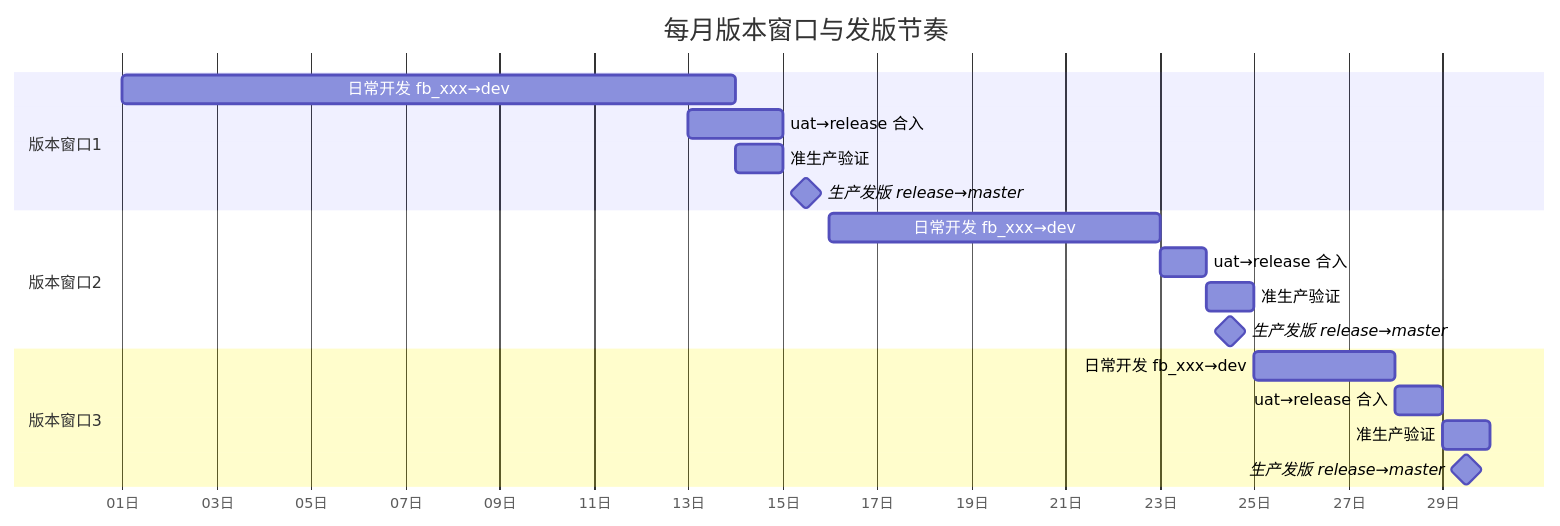
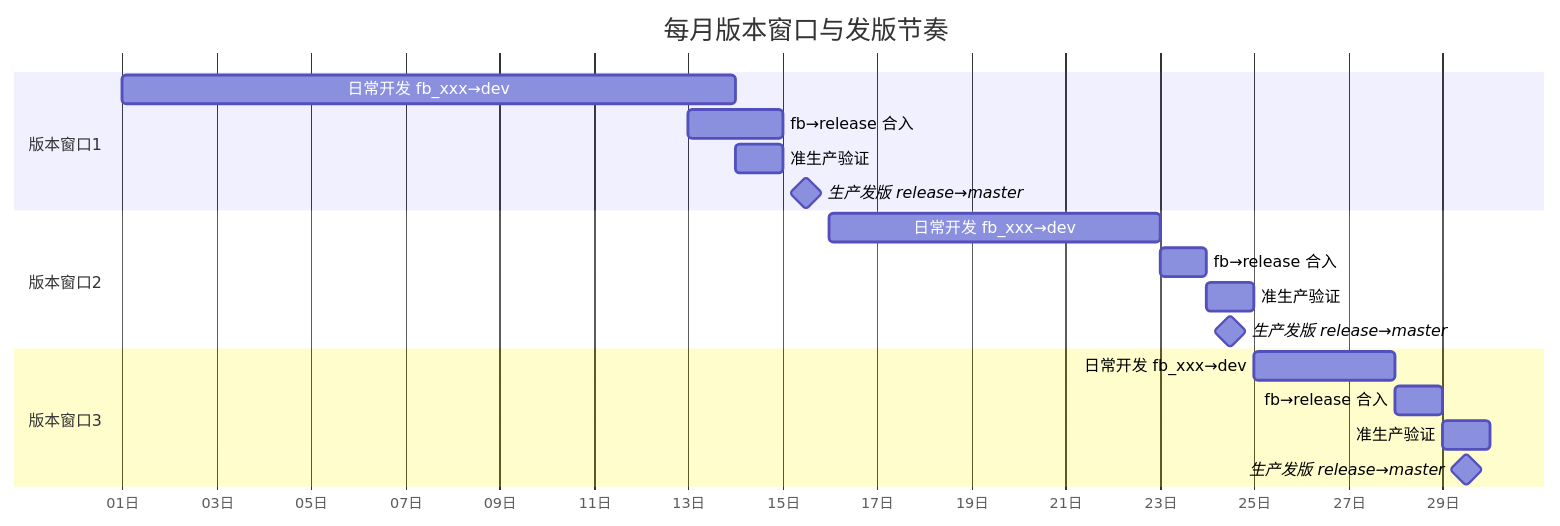
The ninth of 19 diagrams in docs/learn/VSCodeEx/2026-07-11-vscode-git-guide.md (livebug/vpblogs), drawn with Mermaid before and after one commit. The commit also changed other lines of this file and 5 other files, not shown here.

First line of the commit message:
fix(docs,components): correct release flow and clean up code

````diff
--- a/docs/learn/VSCodeEx/2026-07-11-vscode-git-guide.md
+++ b/docs/learn/VSCodeEx/2026-07-11-vscode-git-guide.md
@@ -414,24 +414,24 @@
 ```mermaid
 gantt
     title 每月版本窗口与发版节奏
     dateFormat  DD
     axisFormat  %d日
     
     section 版本窗口1
     日常开发 fb_xxx→dev    :a1, 01, 13d
-    uat→release 合入       :a2, 13, 2d
+    fb→release 合入        :a2, 13, 2d
     准生产验证             :a3, 14, 1d
     生产发版 release→master :milestone, a4, 15, 1d
     
     section 版本窗口2
     日常开发 fb_xxx→dev    :b1, 16, 7d
-    uat→release 合入       :b2, 23, 1d
+    fb→release 合入        :b2, 23, 1d
     准生产验证             :b3, 24, 1d
     生产发版 release→master :milestone, b4, 24, 1d
     
     section 版本窗口3
     日常开发 fb_xxx→dev    :c1, 25, 3d
-    uat→release 合入       :c2, 28, 1d
+    fb→release 合入        :c2, 28, 1d
     准生产验证             :c3, 29, 1d
     生产发版 release→master :milestone, c4, 29, 1d
 ```
````
